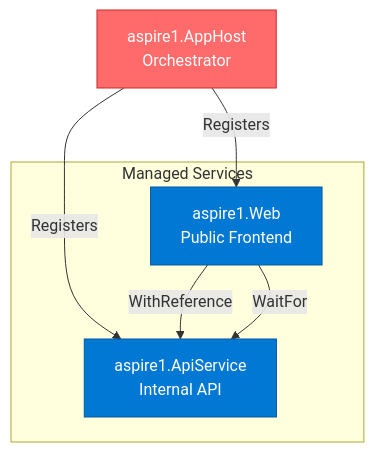
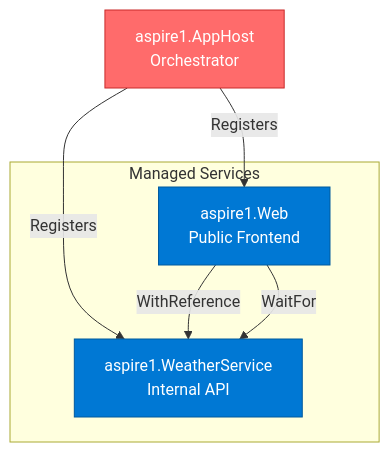
The first of 2 diagrams in aspire1.AppHost/ARCHITECTURE.md (rbmathis/aspire1), drawn with Mermaid before and after one commit. The commit also changed other lines of this file and 23 other files, not shown here.

````diff
--- a/aspire1.AppHost/ARCHITECTURE.md
+++ b/aspire1.AppHost/ARCHITECTURE.md
@@ -22,18 +22,18 @@
 ```mermaid
 graph TB
     AppHost[aspire1.AppHost<br/>Orchestrator]
 
     subgraph "Managed Services"
-        API[aspire1.ApiService<br/>Internal API]
+        API[aspire1.WeatherService<br/>Internal API]
         Web[aspire1.Web<br/>Public Frontend]
     end
 
     AppHost -->|Registers| API
     AppHost -->|Registers| Web
     Web -->|WithReference| API
     Web -->|WaitFor| API
 
     style AppHost fill:#ff6b6b,stroke:#c92a2a,color:#fff
     style API fill:#0078d4,stroke:#005a9e,color:#fff
     style Web fill:#0078d4,stroke:#005a9e,color:#fff
 ```
````
